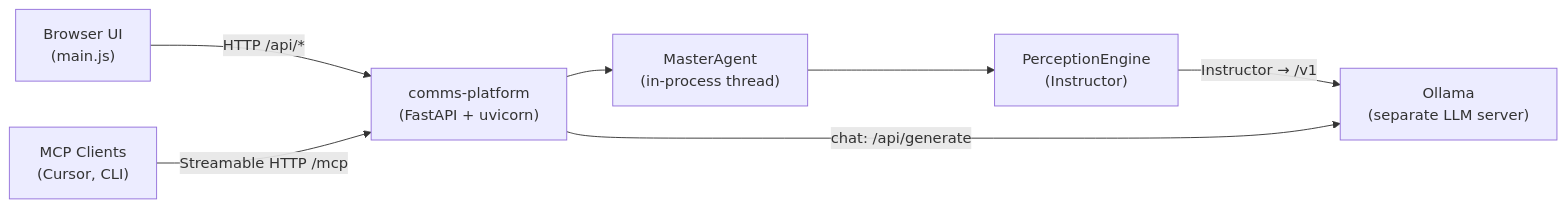
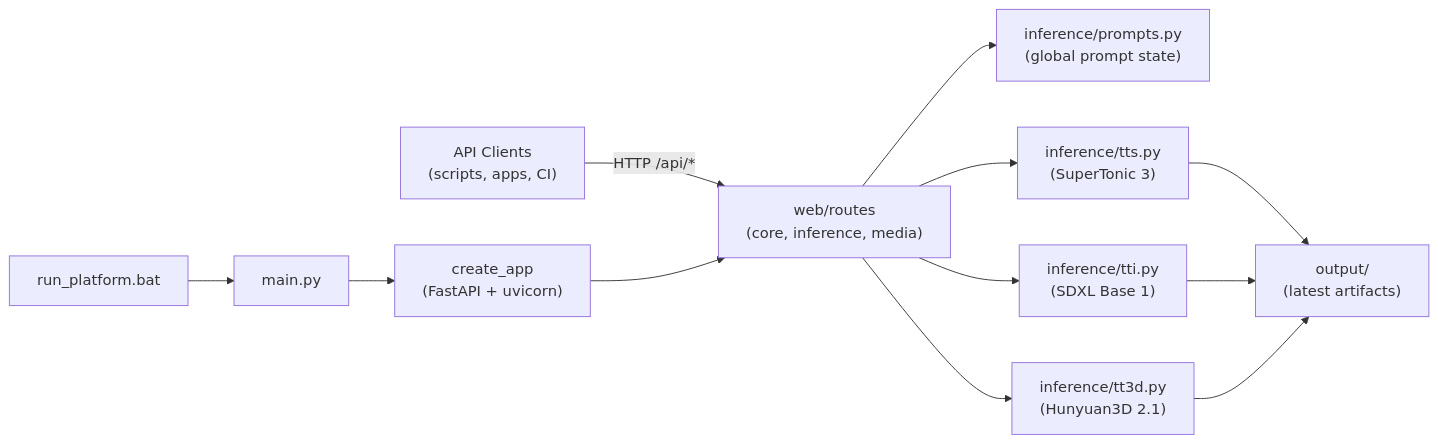
One commit to vecnode/agent-sequencer-app changed the first of 2 diagrams in README.md. Above: the diagram before and after it, drawn with Mermaid. The commit also changed other lines of this file and 56 other files, not shown here.

First line of the commit message:
Refactor to headless inference-only API.

````diff
--- a/README.md
+++ b/README.md
@@ -45,16 +13,25 @@
 ```mermaid
 flowchart LR
-    Browser["Browser UI\n(main.js)"]
-    MCPClient["MCP Clients\n(Cursor, CLI)"]
-    Platform["comms-platform\n(FastAPI + uvicorn)"]
-    Agent["MasterAgent\n(in-process thread)"]
-    Perception["PerceptionEngine\n(Instructor)"]
-    Ollama["Ollama\n(separate LLM server)"]
+    Client["API Clients\n(scripts, apps, CI)"]
+    Launcher["run_platform.bat"]
+    Main["main.py"]
+    App["create_app\n(FastAPI + uvicorn)"]
+    Routes["web/routes\n(core, inference, media)"]
+    Prompts["inference/prompts.py\n(global prompt state)"]
+    TTS["inference/tts.py\n(SuperTonic 3)"]
+    TTI["inference/tti.py\n(SDXL Base 1)"]
+    TT3D["inference/tt3d.py\n(Hunyuan3D 2.1)"]
+    Output["output/\n(latest artifacts)"]
 
-    Browser -->|"HTTP /api/*"| Platform
-    MCPClient -->|"Streamable HTTP /mcp"| Platform
-    Platform --> Agent
-    Agent --> Perception
-    Perception -->|"Instructor → /v1"| Ollama
-    Platform -->|"chat: /api/generate"| Ollama
+    Launcher --> Main
+    Main --> App
+    Client -->|"HTTP /api/*"| Routes
+    App --> Routes
+    Routes --> Prompts
+    Routes --> TTS
+    Routes --> TTI
+    Routes --> TT3D
+    TTS --> Output
+    TTI --> Output
+    TT3D --> Output
 ```
````
